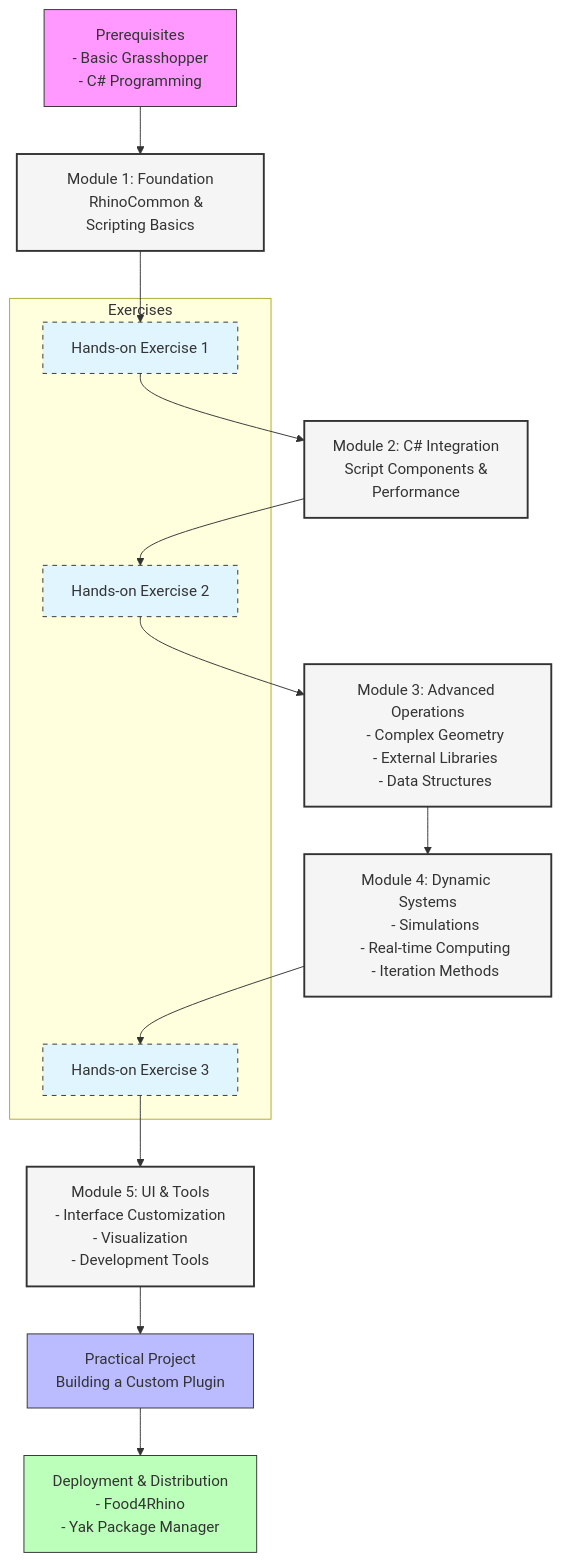
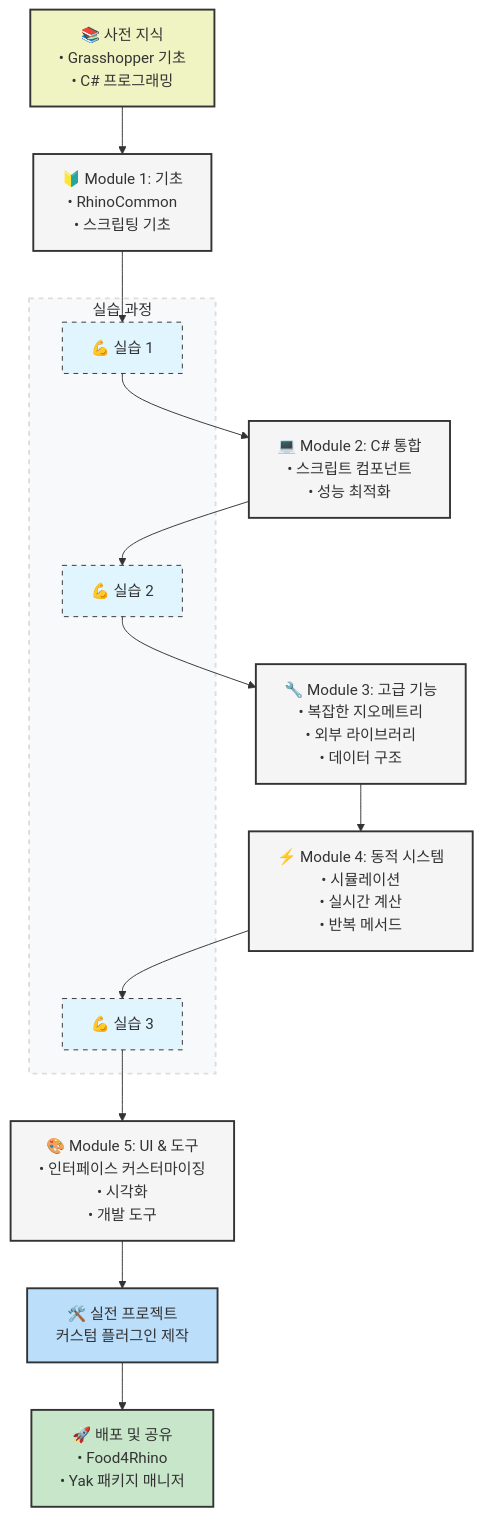
The second of 2 diagrams in content/GAD/1.1 gad.md (1ncarnati0n/TechBlog), drawn with Mermaid before and after one commit. The commit also changed other lines of this file, not shown here.

Commit message:
Update content content/GAD/1.1 gad.md

````diff
--- a/content/GAD/1.1 gad.md
+++ b/content/GAD/1.1 gad.md
@@ -92,62 +90,65 @@
 ```mermaid
 flowchart TB
-    Start["Prerequisites
-    - Basic Grasshopper
-    - C# Programming"]
-    
-    M1["Module 1: Foundation
-    RhinoCommon & Scripting Basics"]
-    
-    M2["Module 2: C# Integration
-    Script Components & 
-    Performance"]
-    
-    M3["Module 3: Advanced Operations
-    - Complex Geometry
-    - External Libraries
-    - Data Structures"]
-    
-    M4["Module 4: Dynamic Systems
-    - Simulations
-    - Real-time Computing
-    - Iteration Methods"]
-    
-    M5["Module 5: UI & Tools
-    - Interface Customization
-    - Visualization
-    - Development Tools"]
-    
-    Project["Practical Project
-    Building a Custom Plugin"]
-    
-    Deploy["Deployment & Distribution
-    - Food4Rhino
-    - Yak Package Manager"]
+   Start["📚 사전 지식
+   • Grasshopper 기초
+   • C# 프로그래밍"]
+   
+   M1["🔰 Module 1: 기초
+   • RhinoCommon
+   • 스크립팅 기초"]
+   
+   M2["💻 Module 2: C# 통합
+   • 스크립트 컴포넌트
+   • 성능 최적화"]
+   
+   M3["🔧 Module 3: 고급 기능
+   • 복잡한 지오메트리
+   • 외부 라이브러리
+   • 데이터 구조"]
+   
+   M4["⚡ Module 4: 동적 시스템
+   • 시뮬레이션
+   • 실시간 계산
+   • 반복 메서드"]
+   
+   M5["🎨 Module 5: UI & 도구
+   • 인터페이스 커스터마이징
+   • 시각화
+   • 개발 도구"]
+   
+   Project["🛠️ 실전 프로젝트
+   커스텀 플러그인 제작"]
+   
+   Deploy["🚀 배포 및 공유
+   • Food4Rhino
+   • Yak 패키지 매니저"]
 
-    subgraph Exercises
-    E1[Hands-on Exercise 1]
-    E2[Hands-on Exercise 2]
-    E3[Hands-on Exercise 3]
-    end
+   subgraph Exercises[실습 과정]
+       E1[💪 실습 1]
+       E2[💪 실습 2]
+       E3[💪 실습 3]
+   end
 
-    Start --> M1
-    M1 --> E1
-    E1 --> M2
-    M2 --> E2
-    E2 --> M3
-    M3 --> M4
-    M4 --> E3
-    E3 --> M5
-    M5 --> Project
-    Project --> Deploy
+   Start --> M1
+   M1 --> E1
+   E1 --> M2
+   M2 --> E2
+   E2 --> M3
+   M3 --> M4
+   M4 --> E3
+   E3 --> M5
+   M5 --> Project
+   Project --> Deploy
 
-    style Start fill:#f9f,stroke:#333
-    style Project fill:#bbf,stroke:#333
-    style Deploy fill:#bfb,stroke:#333
-    
-    class M1,M2,M3,M4,M5 module
-    class E1,E2,E3 exercise
-    
-    classDef module fill:#f5f5f5,stroke:#333,stroke-width:2px
-    classDef exercise fill:#e1f5fe,stroke:#333,stroke-dasharray: 5 5
+   style Start fill:#f0f4c3,stroke:#333,stroke-width:2px
+   style Project fill:#bbdefb,stroke:#333,stroke-width:2px
+   style Deploy fill:#c8e6c9,stroke:#333,stroke-width:2px
+   
+   class M1,M2,M3,M4,M5 module
+   class E1,E2,E3 exercise
+   
+   classDef module fill:#f5f5f5,stroke:#333,stroke-width:2px
+   classDef exercise fill:#e1f5fe,stroke:#333,stroke-dasharray: 5 5
+
+   style Exercises fill:#f8f9fa,stroke:#ddd,stroke-width:2px,stroke-dasharray: 5 5
 ```
````
